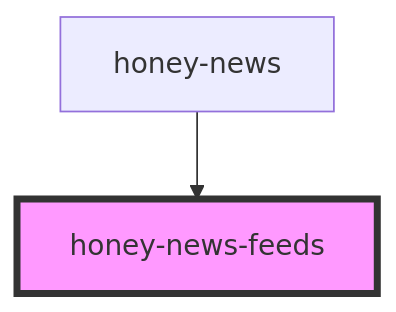
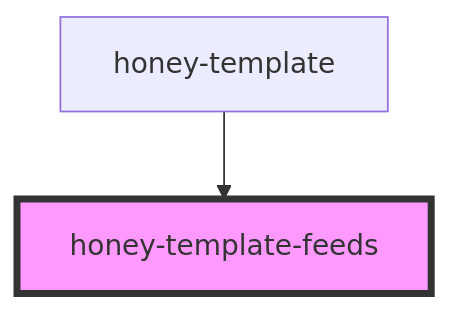
One commit to Huluvu424242/honey-template changed the diagram in src/components/honey-news/feeds/readme.md. Above: the diagram before and after it, drawn with Mermaid. The commit also changed other lines of this file and 46 other files, not shown here.

````diff
--- a/src/components/honey-news/feeds/readme.md
+++ b/src/components/honey-news/feeds/readme.md
@@ -22,5 +22,5 @@
 ```mermaid
 graph TD;
-  honey-news --> honey-news-feeds
-  style honey-news-feeds fill:#f9f,stroke:#333,stroke-width:4px
+  honey-template --> honey-template-feeds
+  style honey-template-feeds fill:#f9f,stroke:#333,stroke-width:4px
 ```
````
